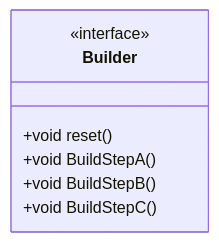
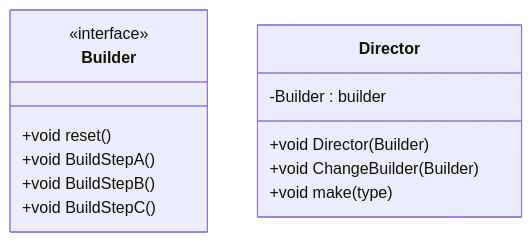
Before and after one commit to kirolossedra/Creational-Design-Patterns: the diagram in Builder/README.md, drawn with Mermaid.

````diff
--- a/Builder/README.md
+++ b/Builder/README.md
@@ -2,12 +2,19 @@
 ```mermaid
 classDiagram
 
 class Builder{
 <<interface>> 
     +void reset()
     +void BuildStepA()
     +void BuildStepB()
     +void BuildStepC()
 }
 
+class Director{
+-Builder : builder
++void Director(Builder)
++void ChangeBuilder(Builder)
++void make(type)
+}
+
 ```
````
